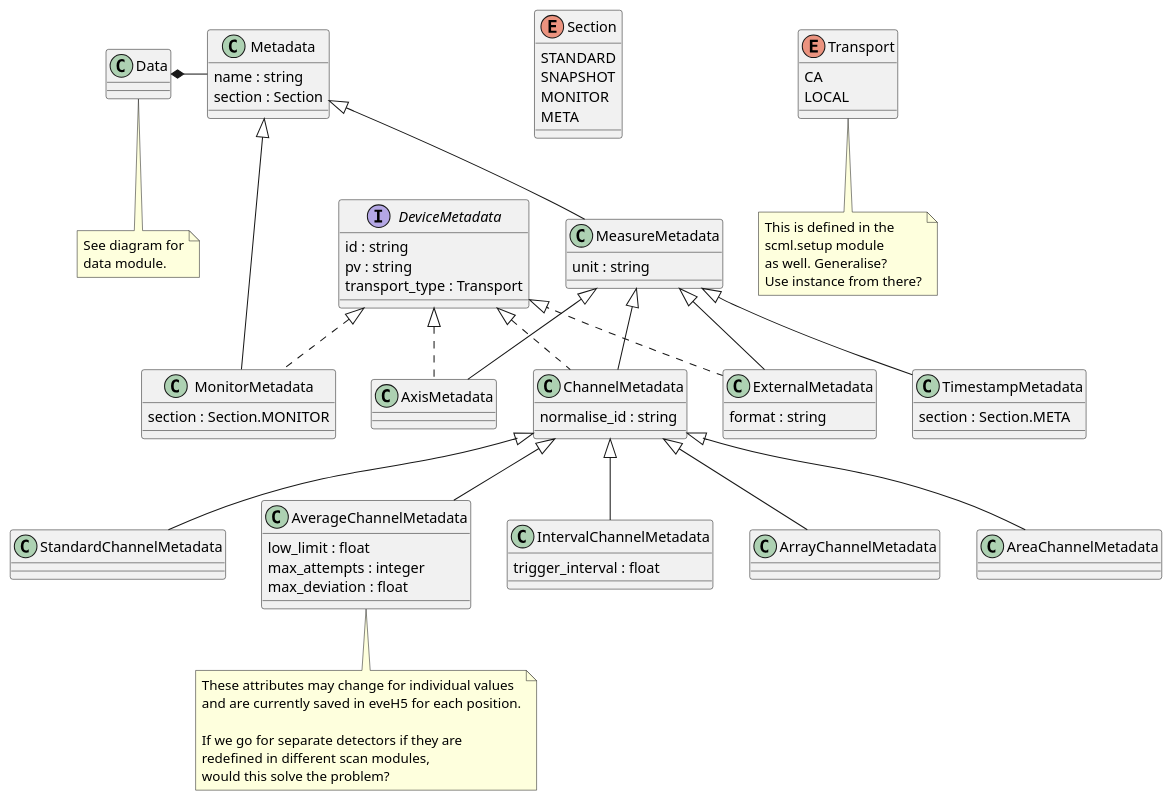
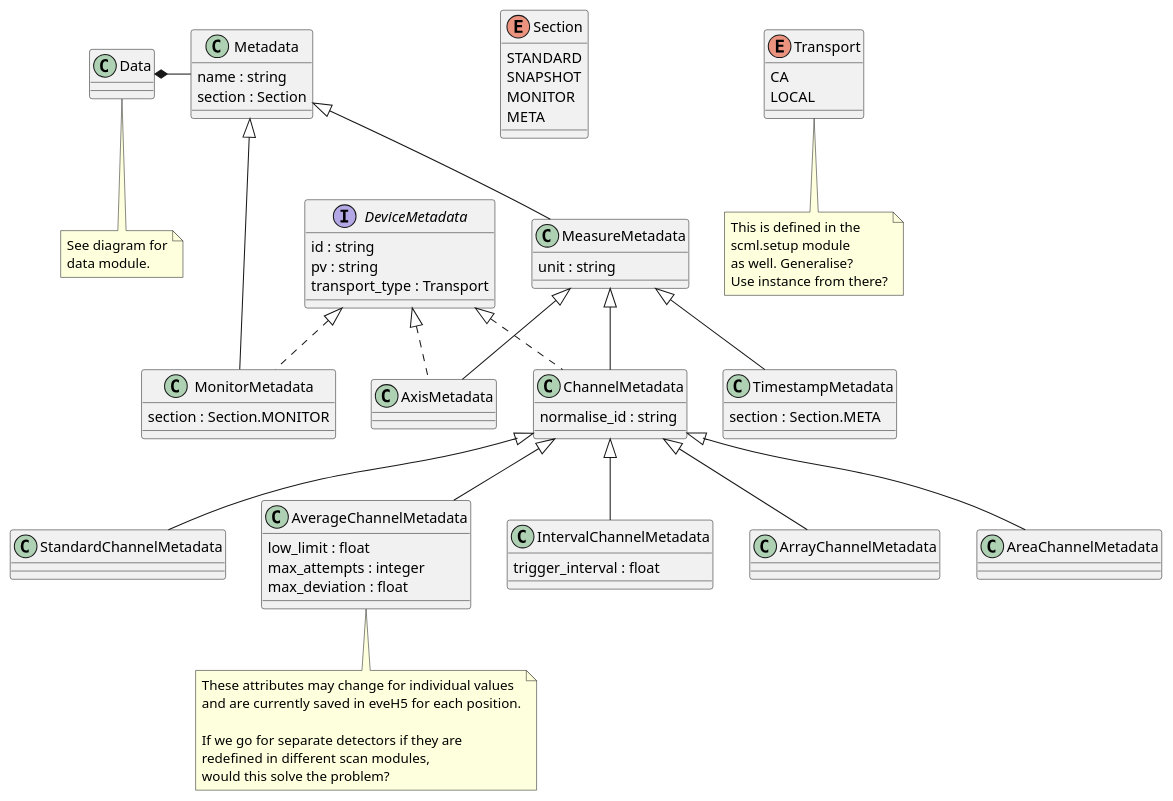
The diagram in docs/uml/evedata.evefile.metadata.puml (tillbiskup/evedata), drawn with PlantUML before and after one commit. The commit also changed 5 other files, not shown here.

```diff
--- a/docs/uml/evedata.evefile.metadata.puml
+++ b/docs/uml/evedata.evefile.metadata.puml
@@ -1,82 +1,78 @@
 @startuml
 
 class Metadata {
     name : string
     section : Section
 }
 
 class Data {
 }
 note bottom: See diagram for\ndata module.
 
 enum Section {
     STANDARD
     SNAPSHOT
     MONITOR
     META
 }
 
 enum Transport {
     CA
     LOCAL
 }
 note bottom: This is defined in the\nscml.setup module\nas well. Generalise?\nUse instance from there?
 
 interface DeviceMetadata {
     id : string
     pv : string
     transport_type : Transport
 }
 
 class MeasureMetadata extends Metadata {
     unit : string
 }
 
 class MonitorMetadata extends Metadata implements DeviceMetadata {
     section : Section.MONITOR
 }
 
 class AxisMetadata extends MeasureMetadata implements DeviceMetadata  {
 }
 
 class ChannelMetadata extends MeasureMetadata implements DeviceMetadata  {
     normalise_id : string
 }
 
 class TimestampMetadata extends MeasureMetadata {
     section : Section.META
 }
 
-class ExternalMetadata extends MeasureMetadata implements DeviceMetadata {
-    format : string
-}
-
 class StandardChannelMetadata extends ChannelMetadata {}
 
 class AverageChannelMetadata extends ChannelMetadata {
     low_limit : float
     max_attempts : integer
     max_deviation : float
 }
 note bottom
     These attributes may change for individual values
     and are currently saved in eveH5 for each position.
 
     If we go for separate detectors if they are
     redefined in different scan modules,
     would this solve the problem?
 end note
 
 class IntervalChannelMetadata extends ChannelMetadata {
     trigger_interval : float
 }
 
 class ArrayChannelMetadata extends ChannelMetadata {
 }
 
 class AreaChannelMetadata extends ChannelMetadata {
 }
 
 Data *- Metadata
 
 @enduml
```
